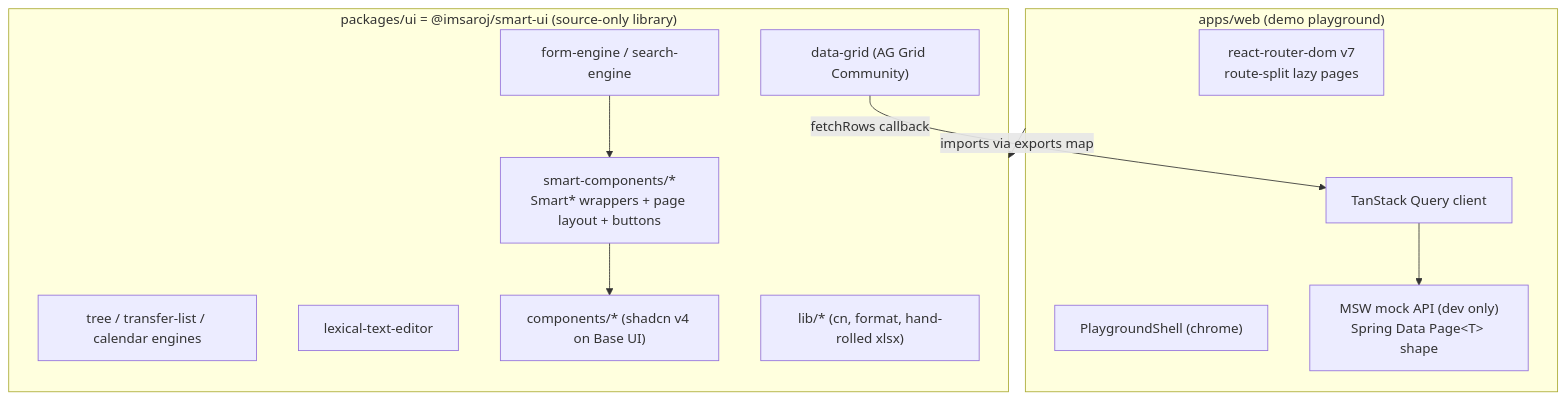
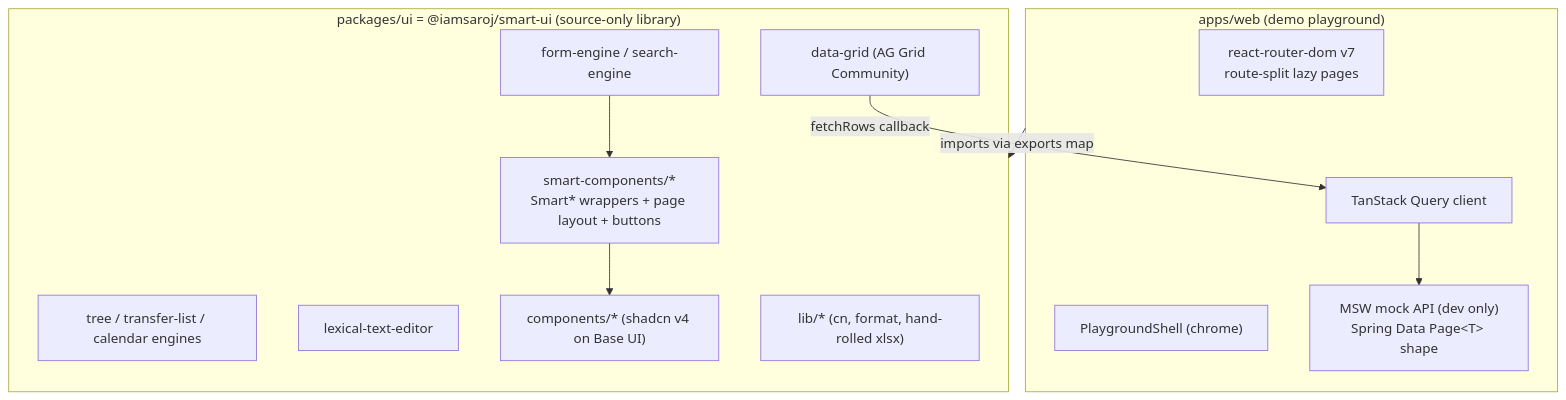
One commit to imsaroj/automatic-octo-fiesta changed the first of 12 diagrams in ARCHITECTURE.md. Above: the diagram before and after it, drawn with Mermaid. The commit also changed other lines of this file and 245 other files, not shown here.

First line of the commit message:
fix: publish under @iamsaroj scope — npm username is iamsaroj, not imsaroj

````diff
--- a/ARCHITECTURE.md
+++ b/ARCHITECTURE.md
@@ -33,25 +33,25 @@
 ```mermaid
 flowchart TD
   subgraph app["apps/web (demo playground)"]
     Router["react-router-dom v7<br/>route-split lazy pages"]
     Shell["PlaygroundShell (chrome)"]
     Query["TanStack Query client"]
     MSW["MSW mock API (dev only)<br/>Spring Data Page&lt;T&gt; shape"]
   end
 
-  subgraph ui["packages/ui = @imsaroj/smart-ui (source-only library)"]
+  subgraph ui["packages/ui = @iamsaroj/smart-ui (source-only library)"]
     Smart["smart-components/*<br/>Smart* wrappers + page layout + buttons"]
     Forms["form-engine / search-engine"]
     Grid["data-grid (AG Grid Community)"]
     Engines["tree / transfer-list / calendar engines"]
     Editor["lexical-text-editor"]
     Prim["components/* (shadcn v4 on Base UI)"]
     Lib["lib/* (cn, format, hand-rolled xlsx)"]
   end
 
   app -->|imports via exports map| ui
   Smart --> Prim
   Forms --> Smart
   Grid -->|fetchRows callback| Query
   Query --> MSW
 ```
````
